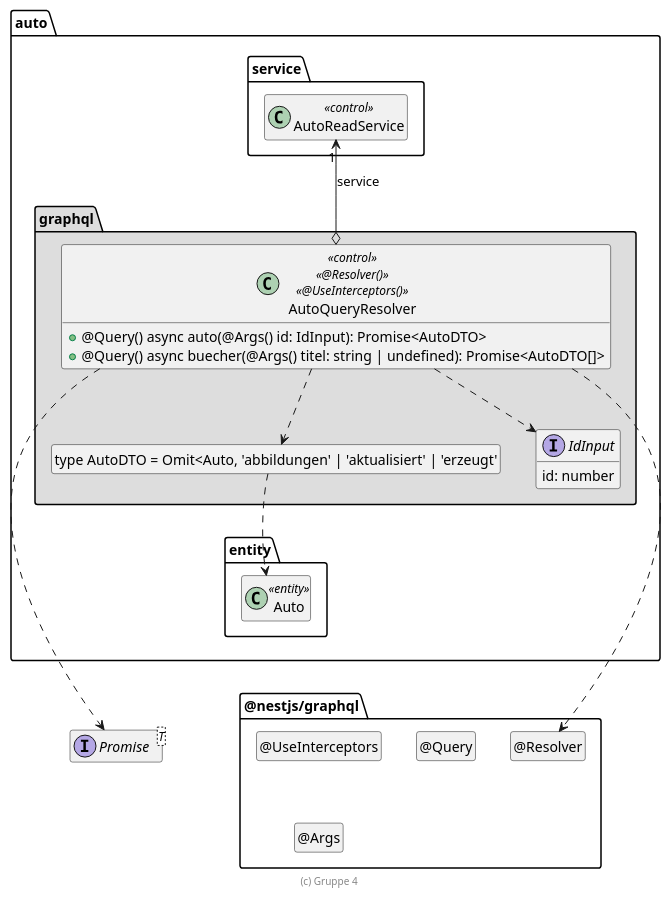
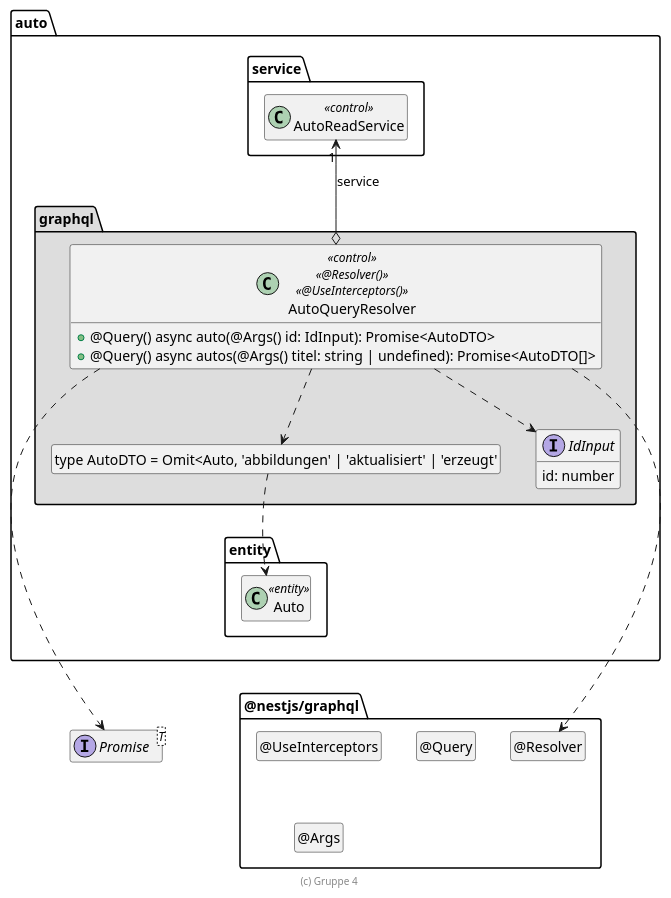
The diagram in .extras/doc/projekthandbuch/AutoQueryResolver.plantuml (dominikwipfler/swe), drawn with PlantUML before and after one commit. The commit also changed 15 other files, not shown here.

Commit message:
GraphQL Anpassungen

```diff
--- a/.extras/doc/projekthandbuch/AutoQueryResolver.plantuml
+++ b/.extras/doc/projekthandbuch/AutoQueryResolver.plantuml
@@ -18,63 +18,63 @@
 @startuml Controller-Klasse
 
 interface Promise<T>
 
 package @nestjs/graphql {
   class "@Resolver" as Resolver
   hide Resolver circle
 
   class "@UseInterceptors" as UseInterceptors
   hide UseInterceptors circle
 
   class "@Query" as Query
   hide Query circle
 
   class "@Args" as Args
   hide Args circle
 
   Resolver .left[hidden].> Promise
 }
 
 package auto {
   package entity {
     class Auto <<entity>>
   }
 
   package service {
     class AutoReadService << control >>
   }
 
   package graphql #DDDDDD {
     class "type AutoDTO = Omit<Auto, 'abbildungen' | 'aktualisiert' | 'erzeugt'" as AutoDTO
     hide AutoDTO circle
 
     interface IdInput {
         id: number
     }
 
     class AutoQueryResolver << control >> << @Resolver() >> << @UseInterceptors() >> {
       + @Query() async auto(@Args() id: IdInput): Promise<AutoDTO>
-      + @Query() async buecher(@Args() titel: string | undefined): Promise<AutoDTO[]>
+      + @Query() async autos(@Args() titel: string | undefined): Promise<AutoDTO[]>
     }
 
     AutoQueryResolver o-up-> "1" AutoReadService : service
     AutoQueryResolver ..> AutoDTO
     AutoQueryResolver ..> IdInput
     AutoDTO ..> Auto
     AutoQueryResolver ..> Resolver
 
     AutoQueryResolver ..> Promise
 
     AutoDTO .[hidden].> Auto
     Auto .[hidden].> Promise
     AutoReadService .[hidden].> Promise
     Auto .[hidden].> Resolver
     AutoReadService .[hidden].> Resolver
   }
 }
 
 hide empty members
 
 footer (c) Gruppe 4
 
 @enduml
```
